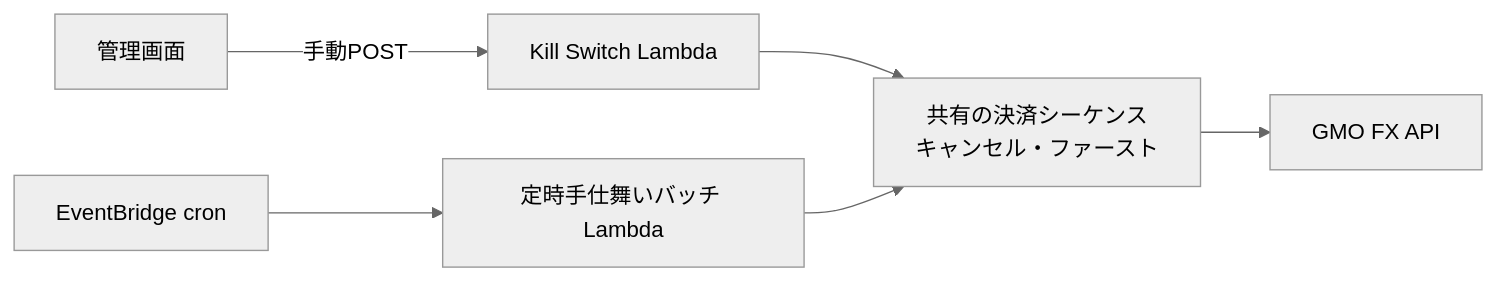
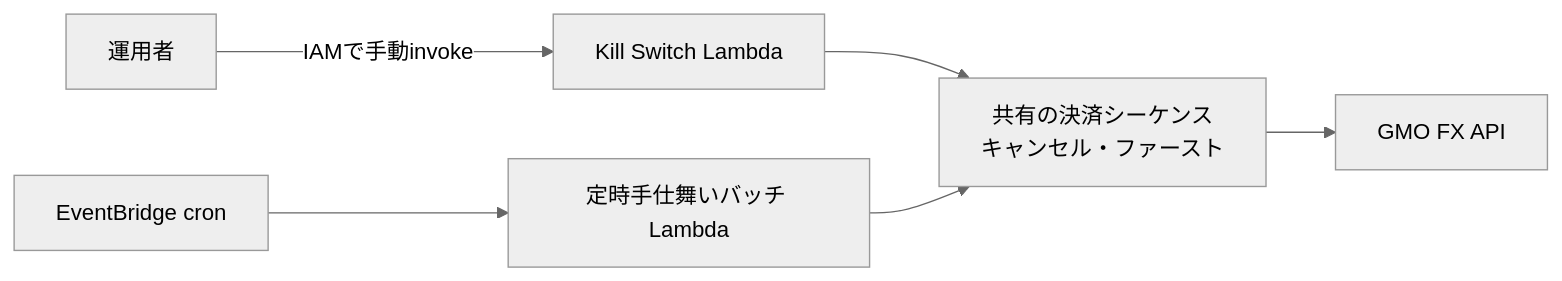
The first of 2 diagrams in articles/gmo-fx-kill-switch-idempotency.md (ozapon-IT/my-zenn), drawn with Mermaid (neutral theme) before and after one commit. The commit also changed other lines of this file and 4 other files, not shown here.

````diff
--- a/articles/gmo-fx-kill-switch-idempotency.md
+++ b/articles/gmo-fx-kill-switch-idempotency.md
@@ -29,8 +29,8 @@
 ```mermaid
 flowchart LR
-    A[管理画面] -- 手動POST --> K[Kill Switch Lambda]
+    A[運用者] -- IAMで手動invoke --> K[Kill Switch Lambda]
     E[EventBridge cron] --> B[定時手仕舞いバッチ Lambda]
     K --> S[共有の決済シーケンス<br/>キャンセル・ファースト]
     B --> S
     S --> G[GMO FX API]
 ```
````
